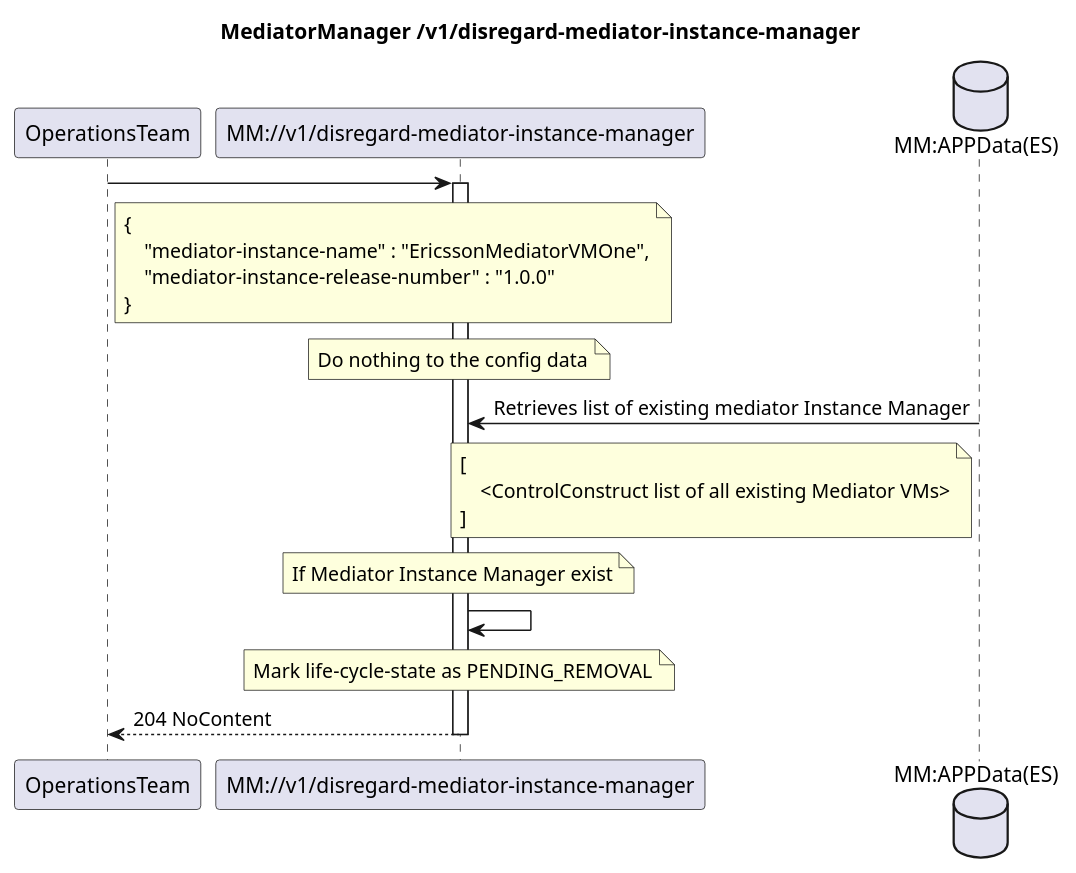
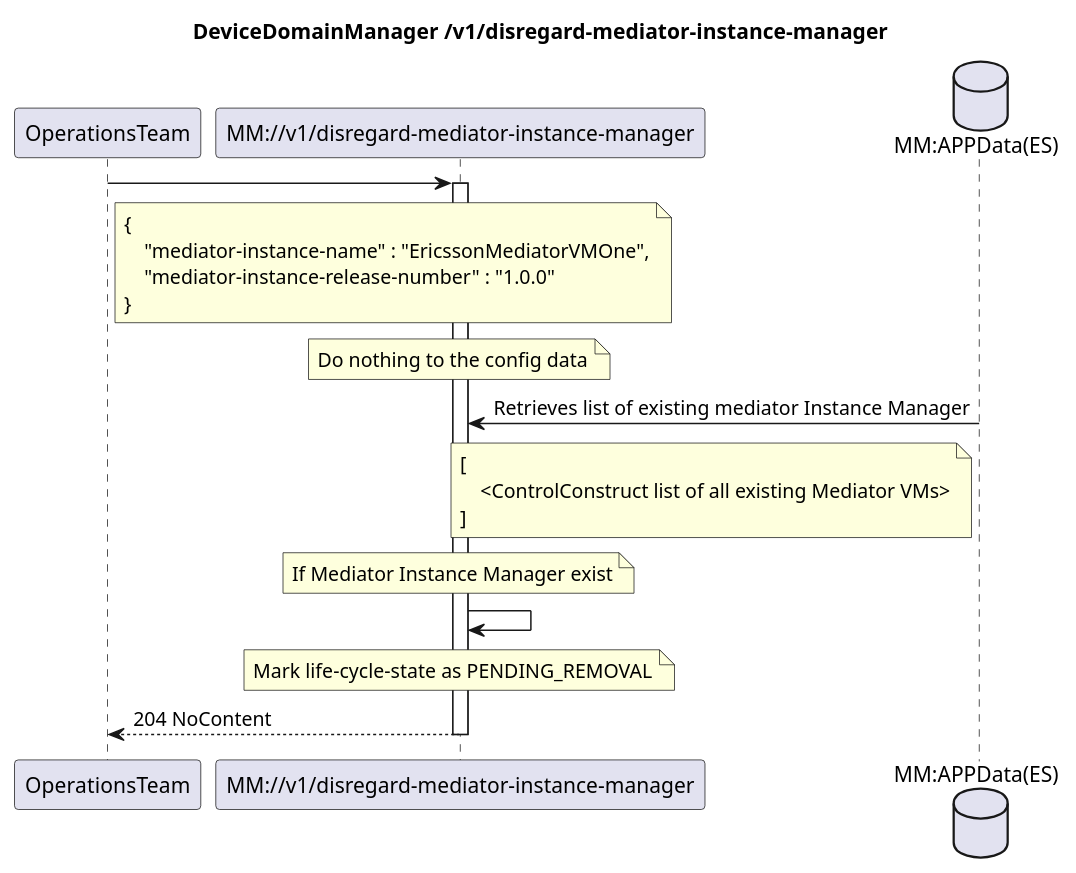
Before and after one commit to openBackhaul/MediatorManager: the diagram in spec/diagrams/MediatorVMtemplate/disregardMediatorInstanceManager.iuml, drawn with PlantUML. The commit also changed 84 other files, not shown here.

```diff
--- a/spec/diagrams/MediatorVMtemplate/disregardMediatorInstanceManager.iuml
+++ b/spec/diagrams/MediatorVMtemplate/disregardMediatorInstanceManager.iuml
@@ -1,45 +1,45 @@
 @startuml disregardMediatorInstanceManager
 skinparam responseMessageBelowArrow true
 
 title
-MediatorManager /v1/disregard-mediator-instance-manager
+DeviceDomainManager /v1/disregard-mediator-instance-manager
 end title
 
 participant "OperationsTeam" as OT
 participant "MM://v1/disregard-mediator-instance-manager" as MM
 database "MM:APPData(ES)" as AppData
 
 OT -> MM : 
 note right OT
     {
         "mediator-instance-name" : "EricssonMediatorVMOne",
         "mediator-instance-release-number" : "1.0.0"
     }
 end note
 activate MM
 
 note over MM
 Do nothing to the config data
 end note
 
 AppData -> MM : Retrieves list of existing mediator Instance Manager
 note left AppData
 [
     <ControlConstruct list of all existing Mediator VMs>
 ]
 end note
 
 note over MM
    If Mediator Instance Manager exist
 end note
 
 MM -> MM
 note over MM
    Mark life-cycle-state as PENDING_REMOVAL
 end note
 
 MM --> OT : 204 NoContent
 
 deactivate MM
 
 @enduml
```
